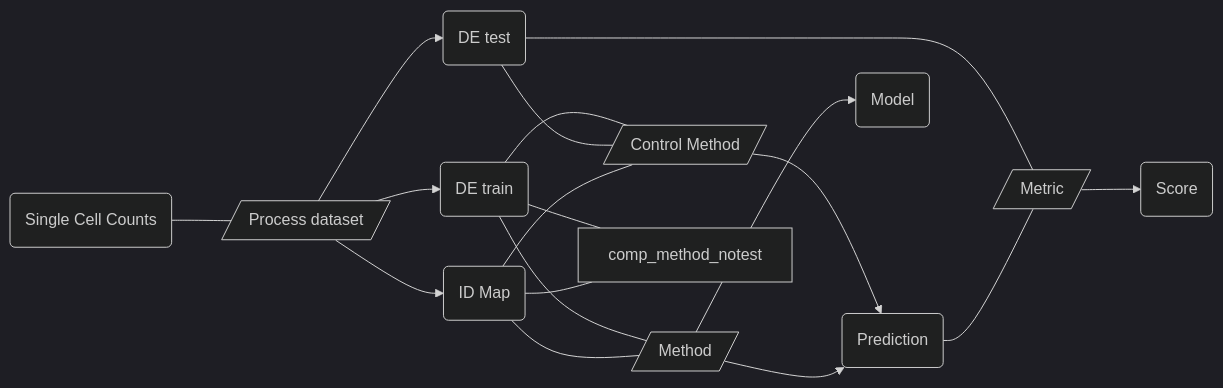
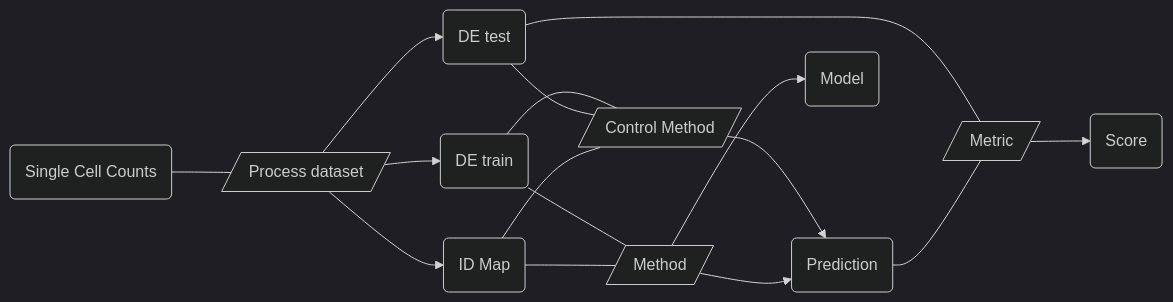
Before and after one commit to openproblems-bio/task_perturbation_prediction: the diagram in README.md, drawn with Mermaid (dark theme).

````diff
--- a/README.md
+++ b/README.md
@@ -138,31 +138,29 @@
 ``` mermaid
 flowchart LR
   file_sc_counts("Single Cell Counts")
   comp_process_dataset[/"Process dataset"/]
   file_de_train_h5ad("DE train")
   file_de_test_h5ad("DE test")
   file_id_map("ID Map")
   comp_control_method[/"Control Method"/]
   comp_method[/"Method"/]
   comp_metric[/"Metric"/]
   file_prediction("Prediction")
   file_model("Model")
   file_score("Score")
   file_sc_counts---comp_process_dataset
   comp_process_dataset-->file_de_train_h5ad
   comp_process_dataset-->file_de_test_h5ad
   comp_process_dataset-->file_id_map
   file_de_train_h5ad---comp_control_method
-  file_de_train_h5ad---comp_method_notest
   file_de_train_h5ad---comp_method
   file_de_test_h5ad---comp_control_method
   file_de_test_h5ad---comp_metric
   file_id_map---comp_control_method
-  file_id_map---comp_method_notest
   file_id_map---comp_method
   comp_control_method-->file_prediction
   comp_method-->file_prediction
   comp_method-->file_model
   comp_metric-->file_score
   file_prediction---comp_metric
 ```
````
